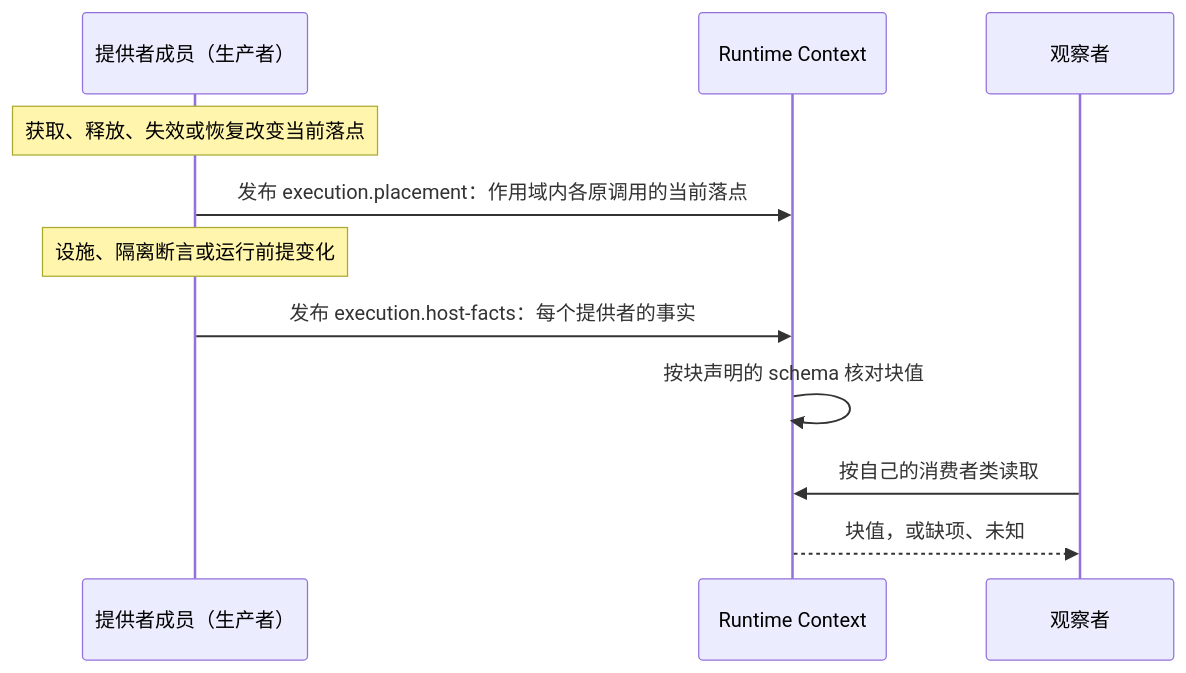
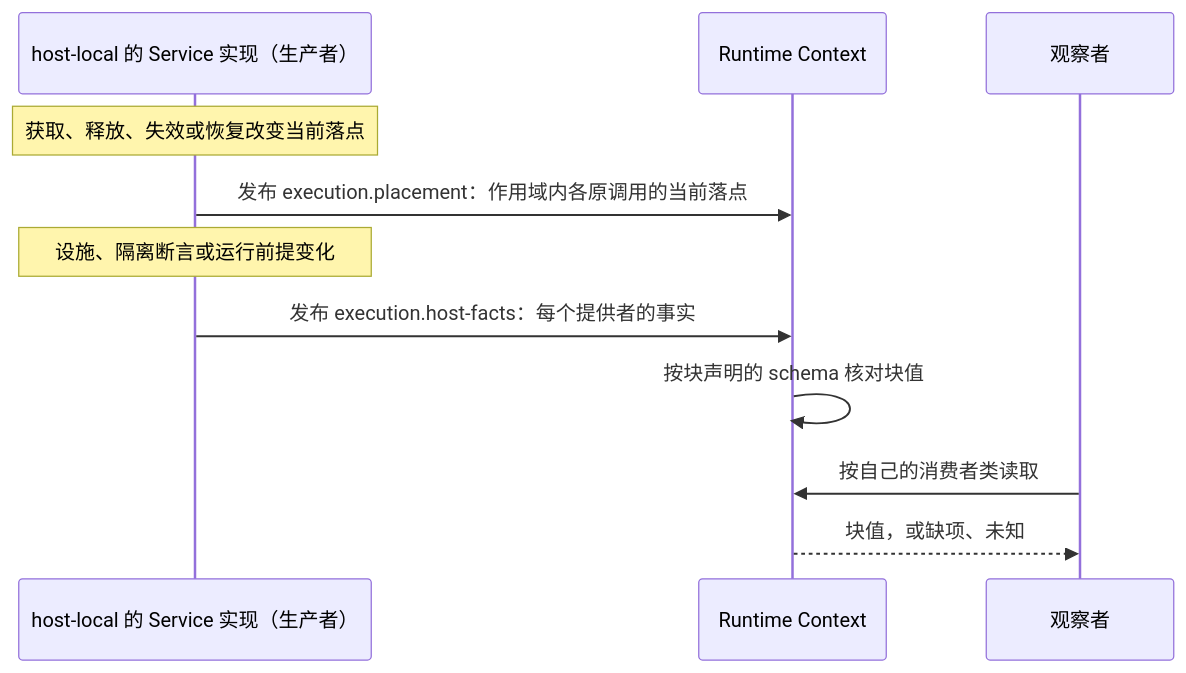
One commit to nemori-ai/omne-harness-lite changed the sixth of 6 diagrams in packages/execution/execution-environment-contract/docs/flows.md. Above: the diagram before and after it, drawn with Mermaid. The commit also changed other lines of this file and 24 other files, not shown here.

````diff
--- a/packages/execution/execution-environment-contract/docs/flows.md
+++ b/packages/execution/execution-environment-contract/docs/flows.md
@@ -192,13 +196,13 @@
 ```mermaid
 sequenceDiagram
-  participant P as 提供者成员（生产者）
+  participant P as host-local 的 Service 实现（生产者）
   participant C as Runtime Context
   participant O as 观察者
   Note over P: 获取、释放、失效或恢复改变当前落点
   P->>C: 发布 execution.placement：作用域内各原调用的当前落点
   Note over P: 设施、隔离断言或运行前提变化
   P->>C: 发布 execution.host-facts：每个提供者的事实
   C->>C: 按块声明的 schema 核对块值
   O->>C: 按自己的消费者类读取
   C-->>O: 块值，或缺项、未知
 ```
````
